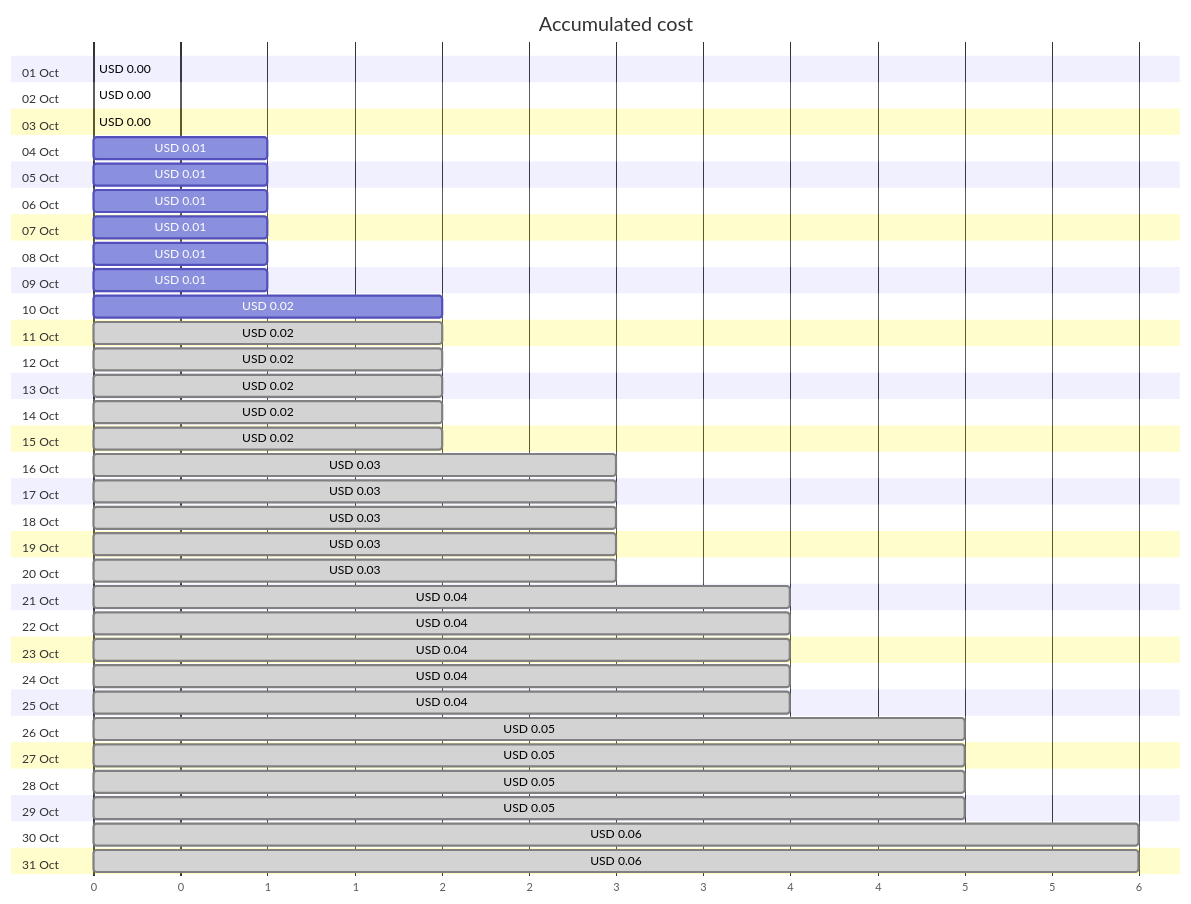
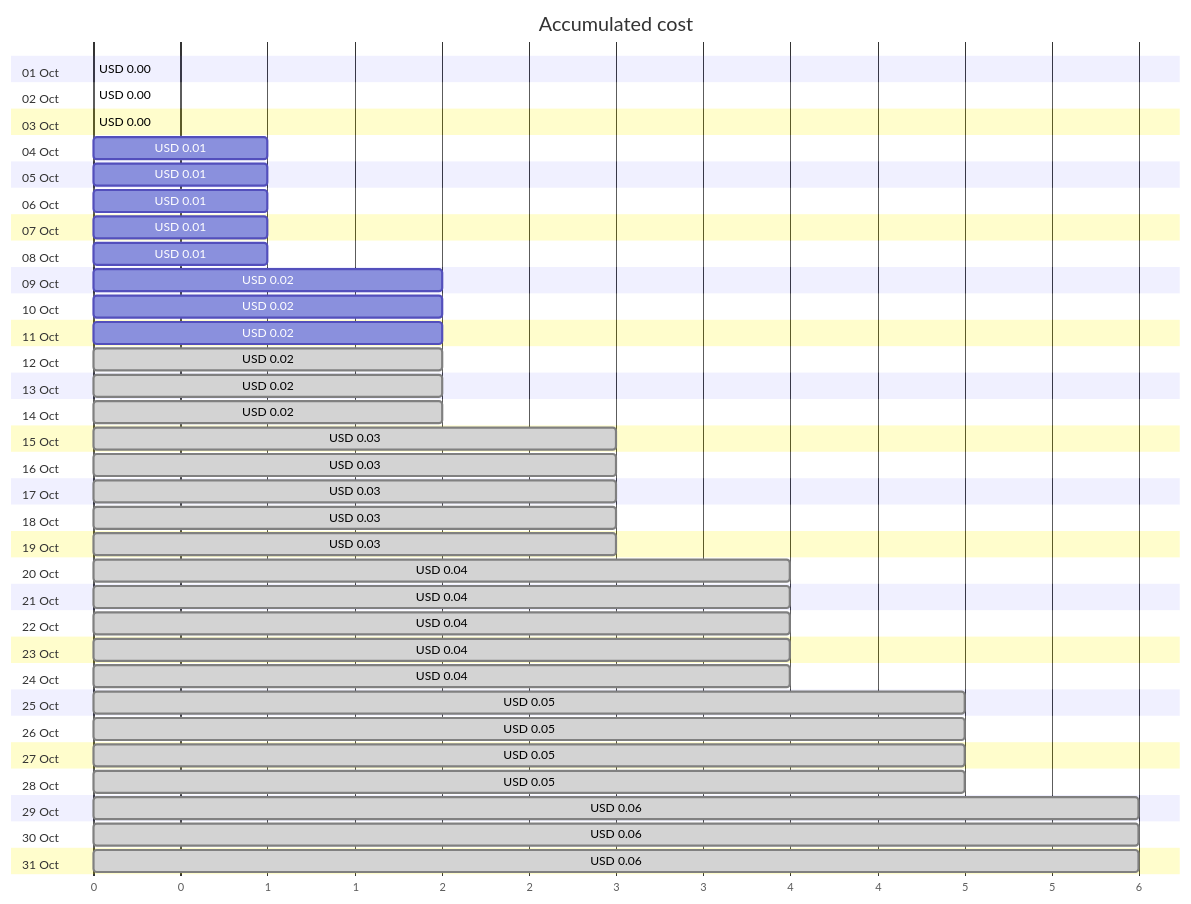
One commit to jpfulton/azure-personal-reports changed the first of 4 diagrams in cost-reports/personal-site/personalsiteapistorage.md. Above: the diagram before and after it, drawn with Mermaid. The commit also changed other lines of this file and 7 other files, not shown here.

````diff
--- a/cost-reports/personal-site/personalsiteapistorage.md
+++ b/cost-reports/personal-site/personalsiteapistorage.md
@@ -20,68 +20,68 @@
 ```mermaid
 gantt
    title Accumulated cost
    dateFormat  X
    axisFormat %s
    section 01 Oct
    USD 0.00 :0, 0
    section 02 Oct
    USD 0.00 :0, 0
    section 03 Oct
    USD 0.00 :0, 0
    section 04 Oct
    USD 0.01 :0, 1
    section 05 Oct
    USD 0.01 :0, 1
    section 06 Oct
    USD 0.01 :0, 1
    section 07 Oct
    USD 0.01 :0, 1
    section 08 Oct
    USD 0.01 :0, 1
    section 09 Oct
-   USD 0.01 :0, 1
+   USD 0.02 :0, 2
    section 10 Oct
    USD 0.02 :0, 2
    section 11 Oct
-   USD 0.02 : done, 0, 2
+   USD 0.02 :0, 2
    section 12 Oct
    USD 0.02 : done, 0, 2
    section 13 Oct
    USD 0.02 : done, 0, 2
    section 14 Oct
    USD 0.02 : done, 0, 2
    section 15 Oct
-   USD 0.02 : done, 0, 2
+   USD 0.03 : done, 0, 3
    section 16 Oct
    USD 0.03 : done, 0, 3
    section 17 Oct
    USD 0.03 : done, 0, 3
    section 18 Oct
    USD 0.03 : done, 0, 3
    section 19 Oct
    USD 0.03 : done, 0, 3
    section 20 Oct
-   USD 0.03 : done, 0, 3
+   USD 0.04 : done, 0, 4
    section 21 Oct
    USD 0.04 : done, 0, 4
    section 22 Oct
    USD 0.04 : done, 0, 4
    section 23 Oct
    USD 0.04 : done, 0, 4
    section 24 Oct
    USD 0.04 : done, 0, 4
    section 25 Oct
-   USD 0.04 : done, 0, 4
+   USD 0.05 : done, 0, 5
    section 26 Oct
    USD 0.05 : done, 0, 5
    section 27 Oct
    USD 0.05 : done, 0, 5
    section 28 Oct
    USD 0.05 : done, 0, 5
    section 29 Oct
-   USD 0.05 : done, 0, 5
+   USD 0.06 : done, 0, 6
    section 30 Oct
    USD 0.06 : done, 0, 6
    section 31 Oct
    USD 0.06 : done, 0, 6
 ```
````
